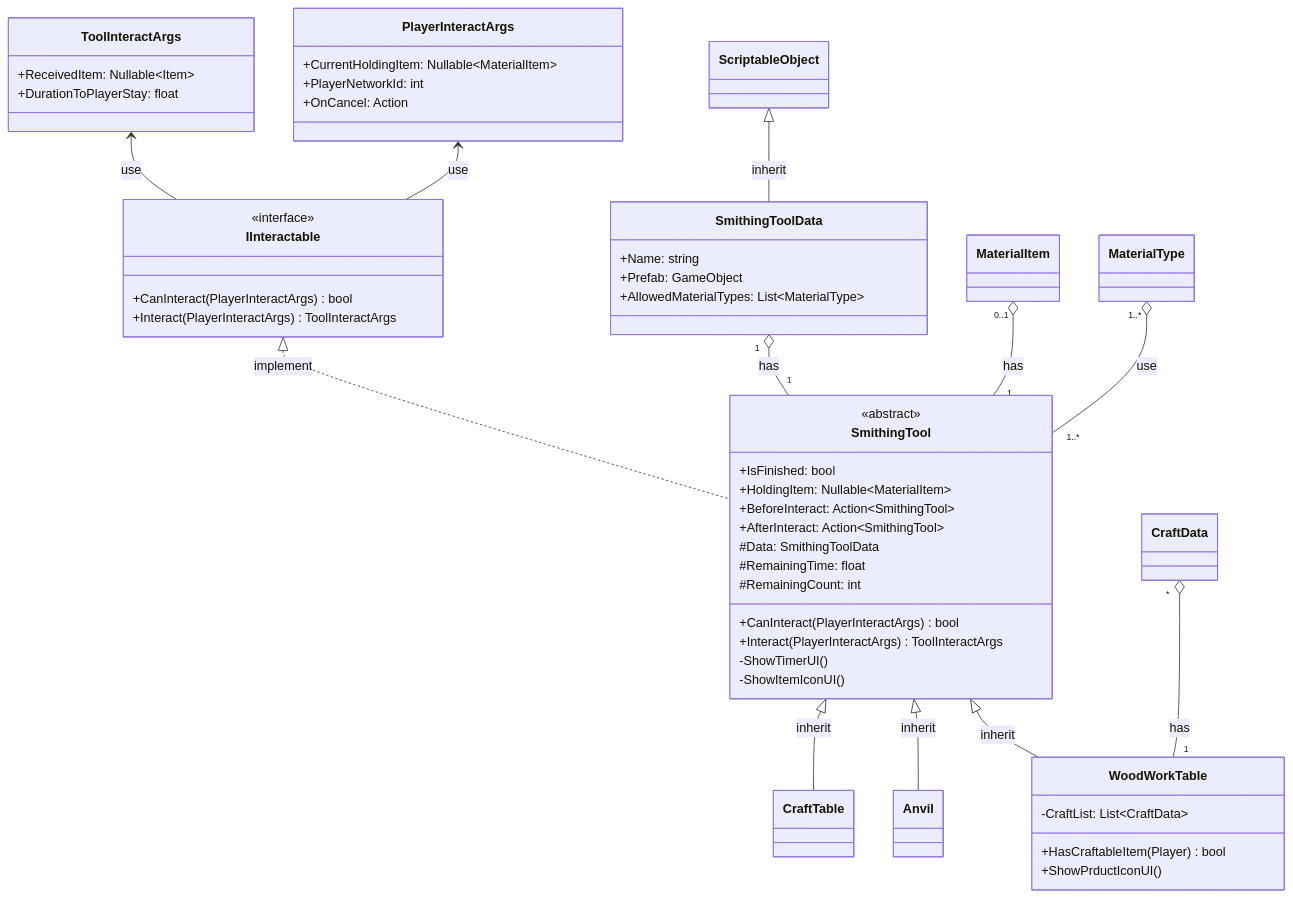
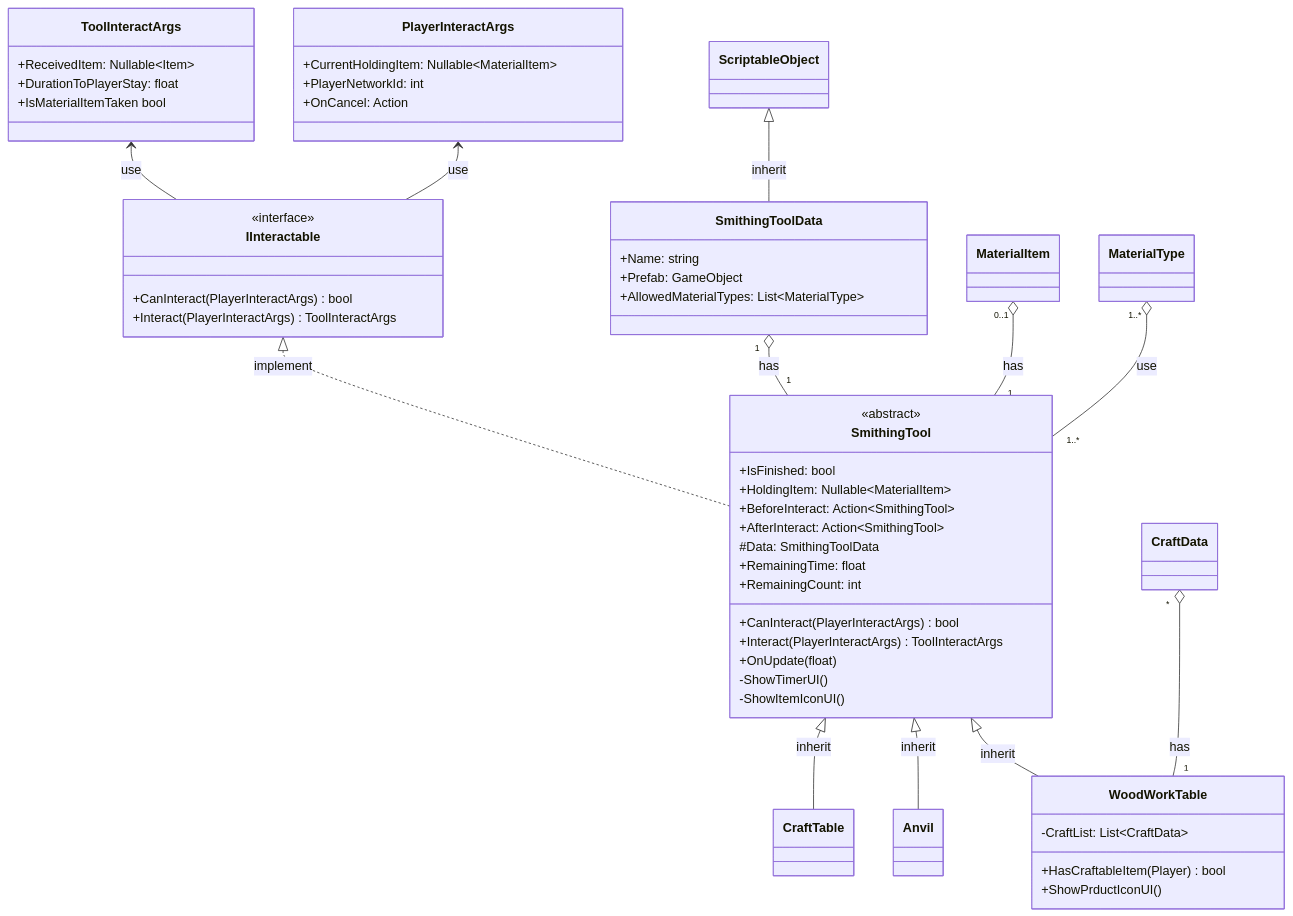
The second of 2 diagrams in Assets/SHG/README.md (Seonggyu-Min/Overforged), drawn with Mermaid before and after one commit. The commit also changed 35 other files, not shown here.

````diff
--- a/Assets/SHG/README.md
+++ b/Assets/SHG/README.md
@@ -64,67 +64,69 @@
 ```mermaid
 classDiagram
 
     class PlayerInteractArgs {
         +CurrentHoldingItem: Nullable~MaterialItem~
         +PlayerNetworkId: int
         +OnCancel: Action
     }
 
     class ToolInteractArgs {
         +ReceivedItem: Nullable~Item~
         +DurationToPlayerStay: float
+        +IsMaterialItemTaken bool
     }
 
     class SmithingToolData {
         +Name: string
         +Prefab: GameObject
         +AllowedMaterialTypes: List~MaterialType~
     }
 
 	class SmithingTool {
     	<<abstract>>
         +IsFinished: bool 
         +HoldingItem: Nullable~MaterialItem~  
         +BeforeInteract: Action~SmithingTool~
         +AfterInteract: Action~SmithingTool~
         #Data: SmithingToolData
         +CanInteract(PlayerInteractArgs) bool
         +Interact(PlayerInteractArgs) ToolInteractArgs
-        #RemainingTime: float 
-        #RemainingCount: int
+        +OnUpdate(float)
+        +RemainingTime: float 
+        +RemainingCount: int
         -ShowTimerUI()
         -ShowItemIconUI()
 	}
 
     class IInteractable {
         <<interface>>
         +CanInteract(PlayerInteractArgs) bool
         +Interact(PlayerInteractArgs) ToolInteractArgs
     }
 
     class WoodWorkTable {
         +HasCraftableItem(Player) bool
         +ShowPrductIconUI()
         -CraftList: List~CraftData~
     }
 
     class Anvil {
 
     }
 
     class CraftTable {
         
     }
     
     ScriptableObject <|-- SmithingToolData: inherit
     SmithingToolData "1" o-- "1" SmithingTool: has
     IInteractable <|.. SmithingTool: implement
     PlayerInteractArgs <-- IInteractable: use
     ToolInteractArgs <-- IInteractable: use
     MaterialItem "0..1" o-- "1" SmithingTool: has
     MaterialType "1..*" o-- "1..*" SmithingTool: use
     SmithingTool <|-- WoodWorkTable: inherit
     SmithingTool <|-- Anvil: inherit 
     SmithingTool <|-- CraftTable: inherit
     CraftData "*" o-- "1" WoodWorkTable: has
 ```
````
